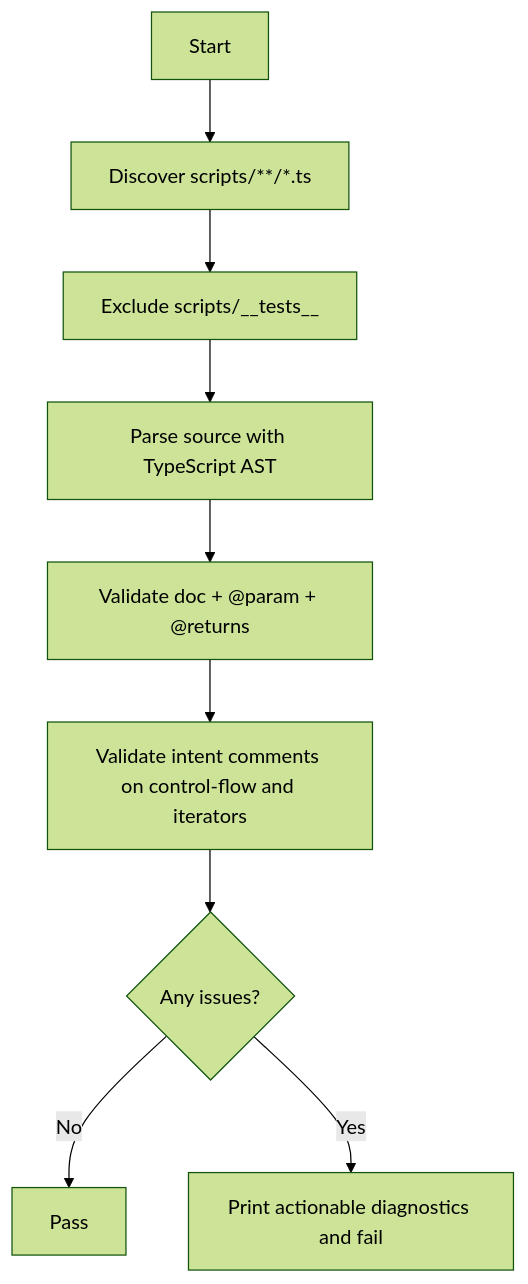
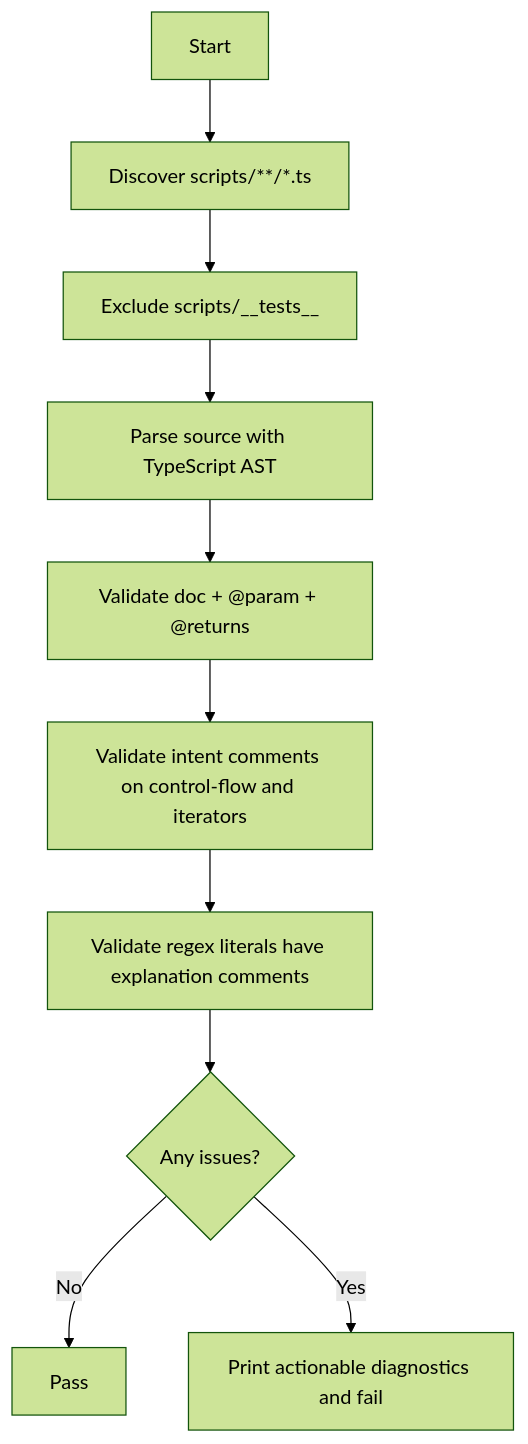
Before and after one commit to equinor/fusion-skills: the diagram in scripts/validate-scripts/README.md, drawn with Mermaid (forest theme). The commit also changed other lines of this file and 19 other files, not shown here.

````diff
--- a/scripts/validate-scripts/README.md
+++ b/scripts/validate-scripts/README.md
@@ -26,11 +27,12 @@
 ```mermaid
 flowchart TD
   A[Start] --> B[Discover scripts/**/*.ts]
   B --> C[Exclude scripts/__tests__]
   C --> D[Parse source with TypeScript AST]
   D --> E[Validate doc + @param + @returns]
   E --> F[Validate intent comments on control-flow and iterators]
-  F --> G{Any issues?}
+  F --> F2[Validate regex literals have explanation comments]
+  F2 --> G{Any issues?}
   G -- No --> H[Pass]
   G -- Yes --> I[Print actionable diagnostics and fail]
 ```
````
